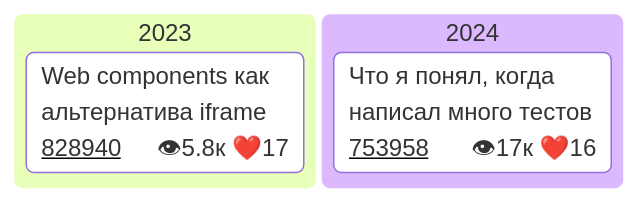
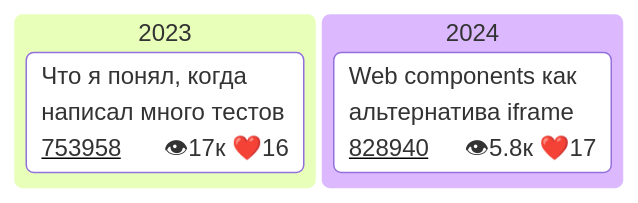
Before and after one commit to Goodzonchik/Goodzonchik: the fourth of 4 diagrams in README.md, drawn with Mermaid.

````diff
--- a/README.md
+++ b/README.md
@@ -53,19 +53,19 @@
 ```mermaid
 ---
 config:
   kanban:
     ticketBaseUrl: 'https://habr.com/ru/companies/tbank/articles/#TICKET#'
 
 ---
 kanban
   2023
-    card1["Web components как альтернатива iframe"]@{
+    card1["Что я понял, когда написал много тестов"]@{
+      ticket: 753958
+      assigned: 👁17к ❤️16
+    }
+  2024
+    card2["Web components как альтернатива iframe"]@{
       ticket: 828940
       assigned: 👁5.8к ❤️17
     }
-  2024
-    card2["Что я понял, когда написал много тестов"]@{
-      ticket: 753958
-      assigned: 👁17к ❤️16
-    }
 ```
````
